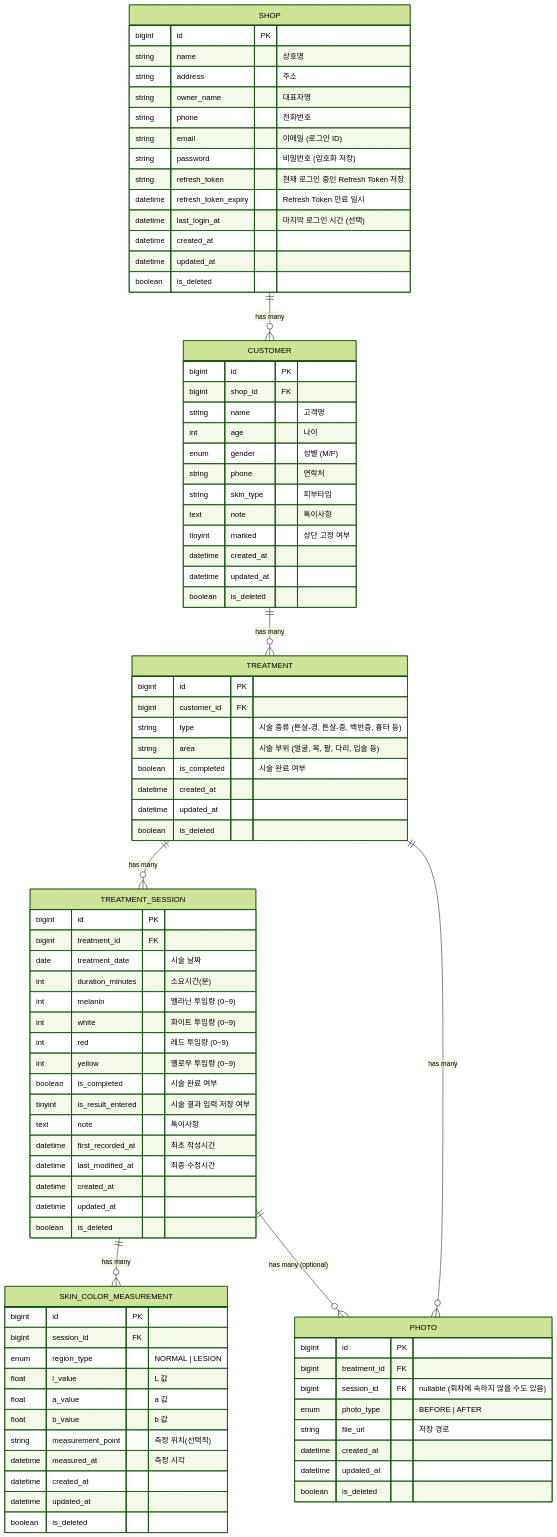
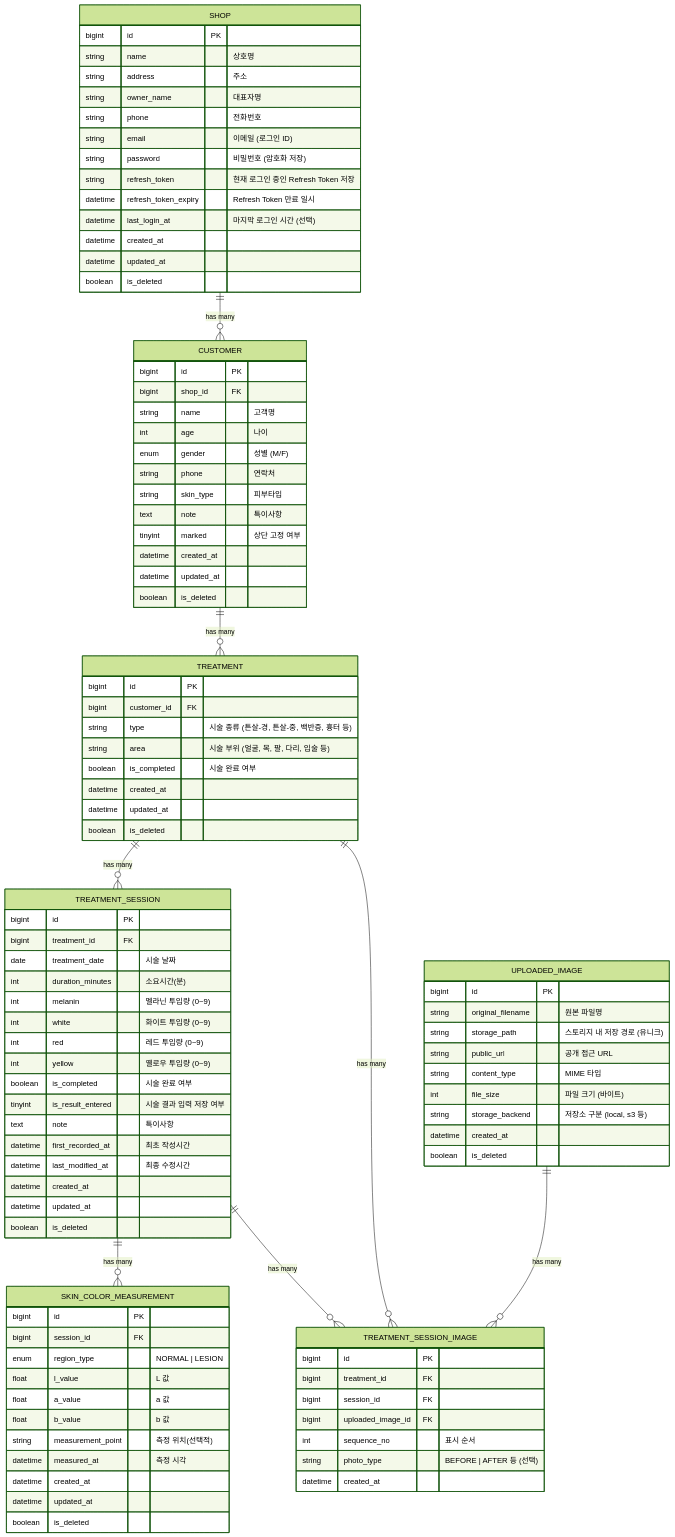
The diagram in docs/ERD.mmd (fornerds/thearete), drawn with Mermaid (forest theme) before and after one commit. The commit also changed 3 other files, not shown here.

```diff
--- a/docs/ERD.mmd
+++ b/docs/ERD.mmd
@@ -1,115 +1,130 @@
 erDiagram
 
     %% ───────────────────────────────
     %% 0. 피부샵 (회원)
     %% ───────────────────────────────
     SHOP {
         bigint id PK
         string name "상호명"
         string address "주소"
         string owner_name "대표자명"
         string phone "전화번호"
         string email "이메일 (로그인 ID)"
         string password "비밀번호 (암호화 저장)"
         string refresh_token "현재 로그인 중인 Refresh Token 저장"
         datetime refresh_token_expiry	"Refresh Token 만료 일시"
         datetime last_login_at "마지막 로그인 시간 (선택)"
         datetime created_at
         datetime updated_at
         boolean is_deleted
     }
 
     %% ───────────────────────────────
     %% 1. 고객 프로필
     %% ───────────────────────────────
     CUSTOMER {
         bigint id PK
         bigint shop_id FK
         string name "고객명"
         int age "나이"
         enum gender "성별 (M/F)"
         string phone "연락처"
         string skin_type "피부타입"
         text note "특이사항"
         tinyint marked "상단 고정 여부"
         datetime created_at
         datetime updated_at
         boolean is_deleted
     }
 
     %% ───────────────────────────────
     %% 2. 시술 (고객별 관리)
     %% ───────────────────────────────
     TREATMENT {
         bigint id PK
         bigint customer_id FK
         string type "시술 종류 (튼살-경, 튼살-중, 백반증, 흉터 등)"
         string area "시술 부위 (얼굴, 목, 팔, 다리, 입술 등)"
         boolean is_completed "시술 완료 여부"
         datetime created_at
         datetime updated_at
         boolean is_deleted
     }
 
     %% ───────────────────────────────
     %% 3. 시술 회차별 관리
     %% ───────────────────────────────
     TREATMENT_SESSION {
         bigint id PK
         bigint treatment_id FK
         date treatment_date "시술 날짜"
         int duration_minutes "소요시간(분)"
         int melanin "멜라닌 투입량 (0~9)"
         int white "화이트 투입량 (0~9)"
         int red "레드 투입량 (0~9)"
         int yellow "옐로우 투입량 (0~9)"
         boolean is_completed "시술 완료 여부"
         tinyint is_result_entered "시술 결과 입력 저장 여부"
         text note "특이사항"
         datetime first_recorded_at "최초 작성시간"
         datetime last_modified_at "최종 수정시간"
         datetime created_at
         datetime updated_at
         boolean is_deleted
     }
 
     %% ───────────────────────────────
     %% 4. 피부색 측정 데이터 (일반/병변)
     %% ───────────────────────────────
     SKIN_COLOR_MEASUREMENT {
         bigint id PK
         bigint session_id FK
         enum region_type "NORMAL | LESION"
         float l_value "L 값"
         float a_value "a 값"
         float b_value "b 값"
         string measurement_point "측정 위치(선택적)"
         datetime measured_at "측정 시각"
         datetime created_at
         datetime updated_at
         boolean is_deleted
     }
 
     %% ───────────────────────────────
-    %% 5. 사진 관리 (시술전/후/회차별)
+    %% 6. 업로드된 이미지 원본
     %% ───────────────────────────────
-    PHOTO {
+    UPLOADED_IMAGE {
+        bigint id PK
+        string original_filename "원본 파일명"
+        string storage_path "스토리지 내 저장 경로 (유니크)"
+        string public_url "공개 접근 URL"
+        string content_type "MIME 타입"
+        int file_size "파일 크기 (바이트)"
+        string storage_backend "저장소 구분 (local, s3 등)"
+        datetime created_at
+        boolean is_deleted
+    }
+
+    %% ───────────────────────────────
+    %% 7. 시술 회차 이미지 매핑
+    %% ───────────────────────────────
+    TREATMENT_SESSION_IMAGE {
         bigint id PK
         bigint treatment_id FK
-        bigint session_id FK "nullable (회차에 속하지 않을 수도 있음)"
-        enum photo_type "BEFORE | AFTER"
-        string file_url "저장 경로"
+        bigint session_id FK
+        bigint uploaded_image_id FK
+        int sequence_no "표시 순서"
+        string photo_type "BEFORE | AFTER 등 (선택)"
         datetime created_at
-        datetime updated_at
-        boolean is_deleted
     }
 
     %% ───────────────────────────────
     %% 관계 설정
     %% ───────────────────────────────
     SHOP ||--o{ CUSTOMER : "has many"
     CUSTOMER ||--o{ TREATMENT : "has many"
     TREATMENT ||--o{ TREATMENT_SESSION : "has many"
     TREATMENT_SESSION ||--o{ SKIN_COLOR_MEASUREMENT : "has many"
-    TREATMENT ||--o{ PHOTO : "has many"
-    TREATMENT_SESSION ||--o{ PHOTO : "has many (optional)"
+    TREATMENT_SESSION ||--o{ TREATMENT_SESSION_IMAGE : "has many"
+    TREATMENT ||--o{ TREATMENT_SESSION_IMAGE : "has many"
+    UPLOADED_IMAGE ||--o{ TREATMENT_SESSION_IMAGE : "has many"
```
